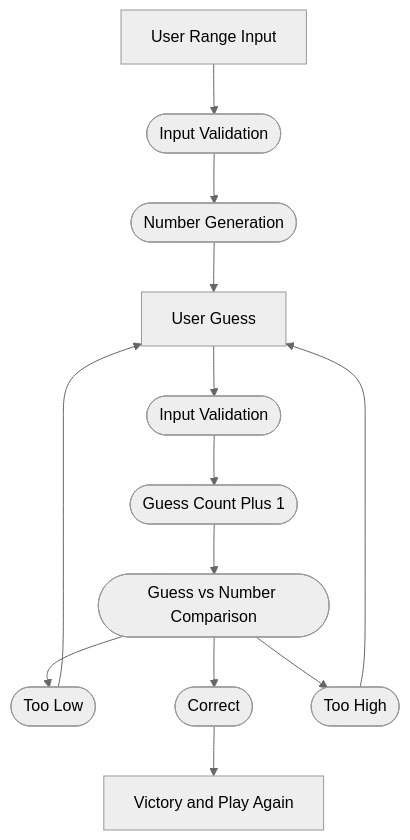
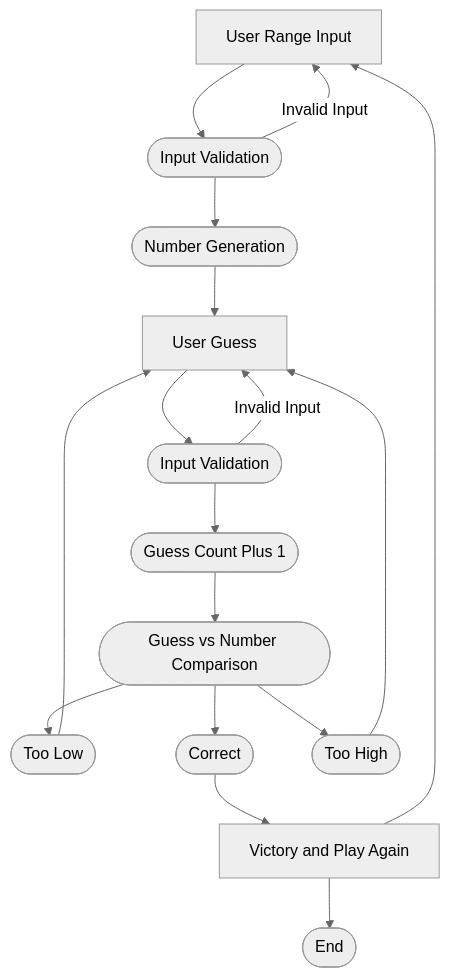
The diagram in Guessing.md (avsmith02/avsmith02.github.io), drawn with Mermaid (neutral theme) before and after one commit. The commit also changed other lines of this file, not shown here.

Commit message:
Update Guessing.md
Adding the description text beneath the mermaid chart

````diff
--- a/Guessing.md
+++ b/Guessing.md
@@ -1,15 +1,19 @@
 ```mermaid
 flowchart TD
 A[User Range Input] -->B([Input Validation])
-    B --> C([Number Generation])
-    C --> D[User Guess]
-    D --> E([Input Validation])
-    E --> F([Guess Count Plus 1])
-    F --> G([Guess vs Number Comparison])
-    G --> H([Too Low])
-    G --> I([Correct])
-    G --> J([Too High])
-    H --> D
-    J --> D
-    I --> K[Victory and Play Again]
-```
+B --> C([Number Generation])
+B --> |Invalid Input|A
+C --> D[User Guess]
+D --> E([Input Validation])
+E --> F([Guess Count Plus 1])
+E --> |Invalid Input|D
+F --> G([Guess vs Number Comparison])
+G --> H([Too Low])
+G --> I([Correct])
+G --> J([Too High])
+H --> D
+J --> D
+I --> K[Victory and Play Again]
+K --> L([End])
+K --> A
+```  
````
